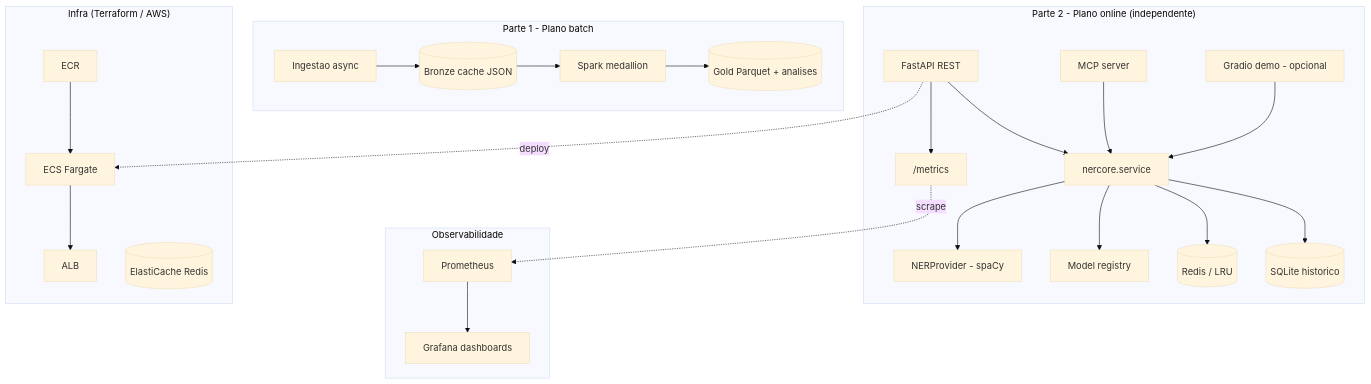
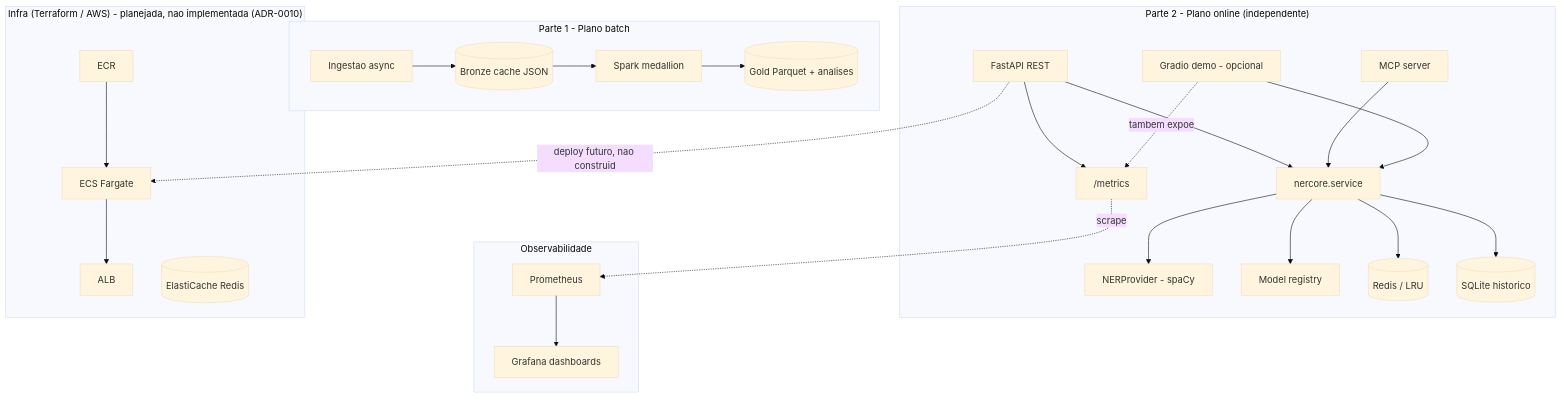
The second of 4 diagrams in docs/ARCHITECTURE.md (matheuszpher/picpay-case), drawn with Mermaid (base theme) before and after one commit. The commit also changed other lines of this file, not shown here.

First line of the commit message:
docs: corrige diagrama de arquitetura desatualizado

````diff
--- a/docs/ARCHITECTURE.md
+++ b/docs/ARCHITECTURE.md
@@ -24,26 +24,27 @@
 ```mermaid
 flowchart TB
     subgraph P1["Parte 1 - Plano batch"]
         ING[Ingestao async] --> BRZ[(Bronze cache JSON)]
         BRZ --> SPK[Spark medallion] --> GLD[(Gold Parquet + analises)]
     end
     subgraph P2["Parte 2 - Plano online (independente)"]
         REST[FastAPI REST] --> SVC
         MCP[MCP server] --> SVC
         GRADIO[Gradio demo - opcional] --> SVC
         SVC[nercore.service] --> PROV[NERProvider - spaCy]
         SVC --> REG[Model registry]
         SVC --> CACHE[(Redis / LRU)]
         SVC --> HIST[(SQLite historico)]
         REST --> METRICS["/metrics"]
+        GRADIO -.tambem expoe.-> METRICS
     end
     subgraph OBS["Observabilidade"]
         PROM[Prometheus] --> GRAF[Grafana dashboards]
     end
-    subgraph INFRA["Infra (Terraform / AWS)"]
+    subgraph INFRA["Infra (Terraform / AWS) - planejada, nao implementada (ADR-0010)"]
         ECR[ECR] --> ECS[ECS Fargate] --> ALB[ALB]
         ELASTIC[(ElastiCache Redis)]
     end
     METRICS -.scrape.-> PROM
-    REST -.deploy.-> ECS
+    REST -.deploy futuro, nao construido.-> ECS
 ```
````
